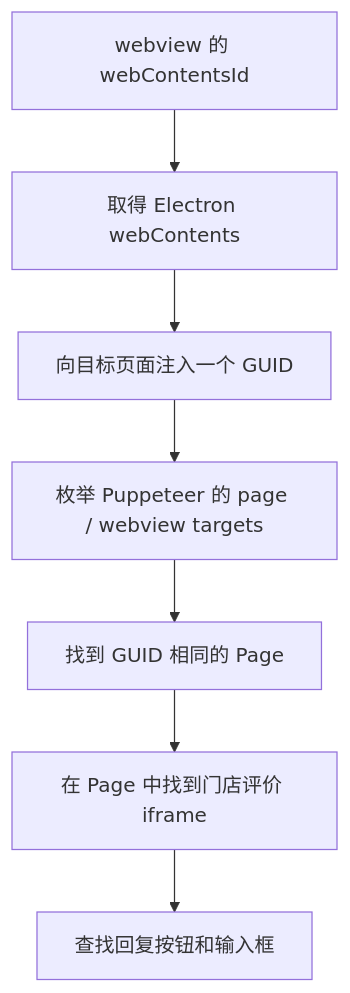
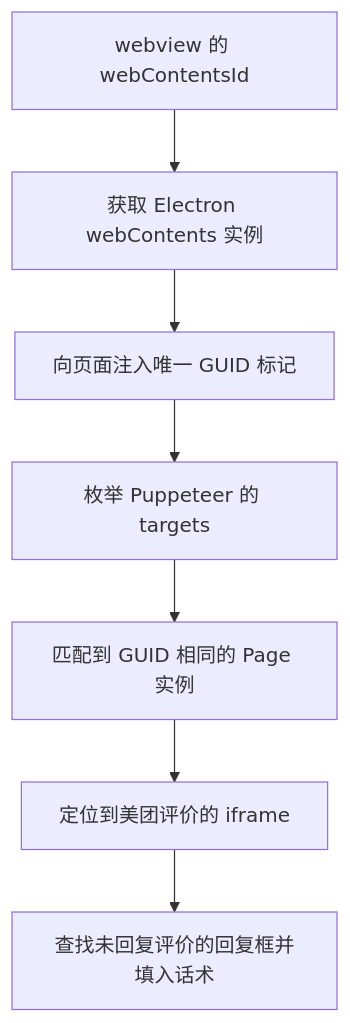
The fifth of 13 diagrams in source/_posts/2025-09-14-electron-tiangong.md (yyxTheOracle/MyBlog), drawn with Mermaid before and after one commit. The commit also changed other lines of this file, not shown here.

````diff
--- a/source/_posts/2025-09-14-electron-tiangong.md
+++ b/source/_posts/2025-09-14-electron-tiangong.md
@@ -314,9 +245,9 @@
 ```mermaid
 flowchart TB
-    I["webview 的 webContentsId"] --> W["取得 Electron webContents"]
-    W --> G["向目标页面注入一个 GUID"]
-    G --> T["枚举 Puppeteer 的 page / webview targets"]
-    T --> P["找到 GUID 相同的 Page"]
-    P --> F["在 Page 中找到门店评价 iframe"]
-    F --> R["查找回复按钮和输入框"]
+    I["webview 的 webContentsId"] --> W["获取 Electron webContents 实例"]
+    W --> G["向页面注入唯一 GUID 标记"]
+    G --> T["枚举 Puppeteer 的 targets"]
+    T --> P["匹配到 GUID 相同的 Page 实例"]
+    P --> F["定位到美团评价的 iframe"]
+    F --> R["查找未回复评价的回复框并填入话术"]
 ```
````
